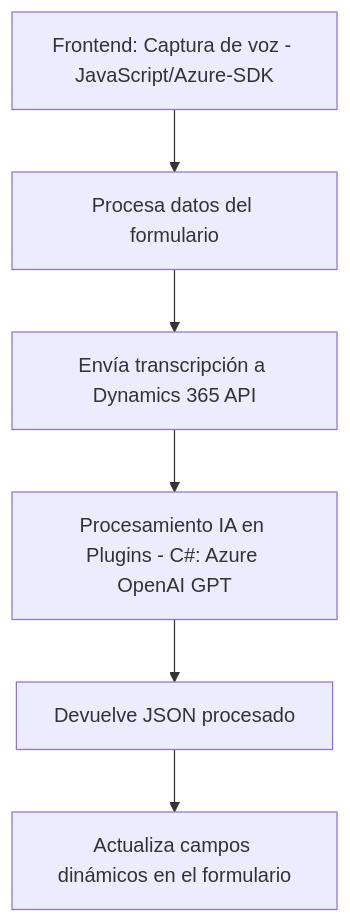
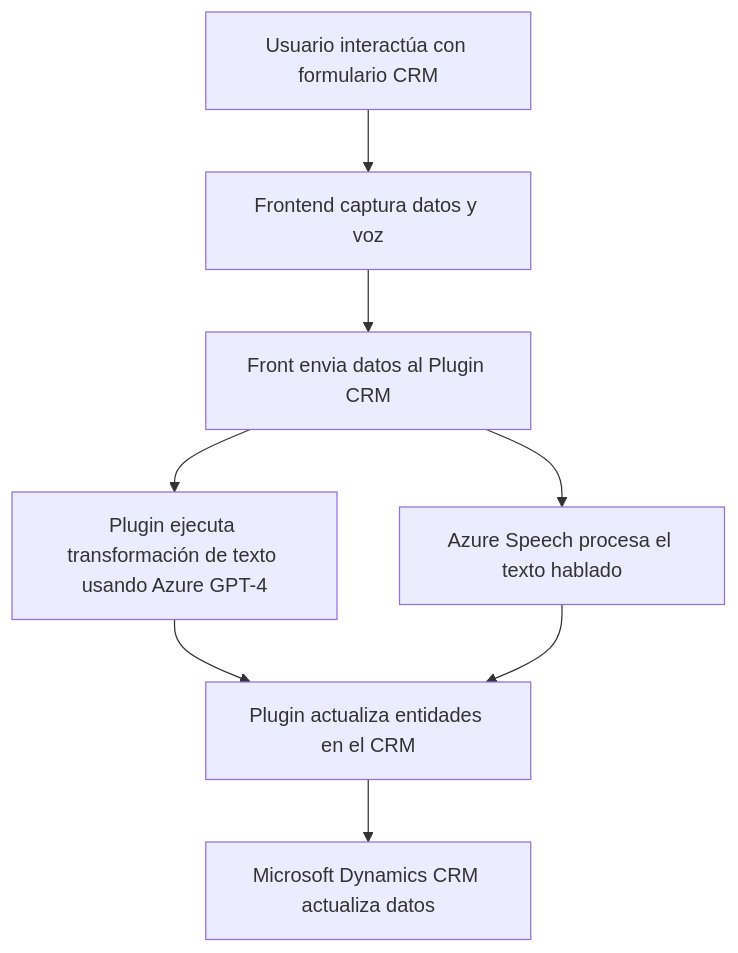
One commit to blopezdm/NETCORE_BILBAO2025 changed the diagram in README.md. Above: the diagram before and after it, drawn with Mermaid. The commit also changed other lines of this file, not shown here.

Commit message:
Actualizar análisis global de la solución con IA

````diff
--- a/README.md
+++ b/README.md
@@ -38,8 +41,18 @@
 ```mermaid
 graph TD
-    A["Frontend: Captura de voz - JavaScript/Azure-SDK"] --> B["Procesa datos del formulario"]
-    B --> C["Envía transcripción a Dynamics 365 API"]
-    C --> D["Procesamiento IA en Plugins - C#: Azure OpenAI GPT"]
-    D --> E["Devuelve JSON procesado"]
-    E --> F["Actualiza campos dinámicos en el formulario"]
+    Start["Usuario interactúa con formulario CRM"]
+    F1["Frontend captura datos y voz"]
+    F2["Front envia datos al Plugin CRM"]
+    P1["Plugin ejecuta transformación de texto usando Azure GPT-4"]
+    G1["Azure Speech procesa el texto hablado"]
+    P2["Plugin actualiza entidades en el CRM"]
+    CRM["Microsoft Dynamics CRM actualiza datos"]
+
+    Start --> F1
+    F1 --> F2
+    F2 --> P1
+    F2 --> G1
+    P1 --> P2
+    G1 --> P2
+    P2 --> CRM
 ```
````
